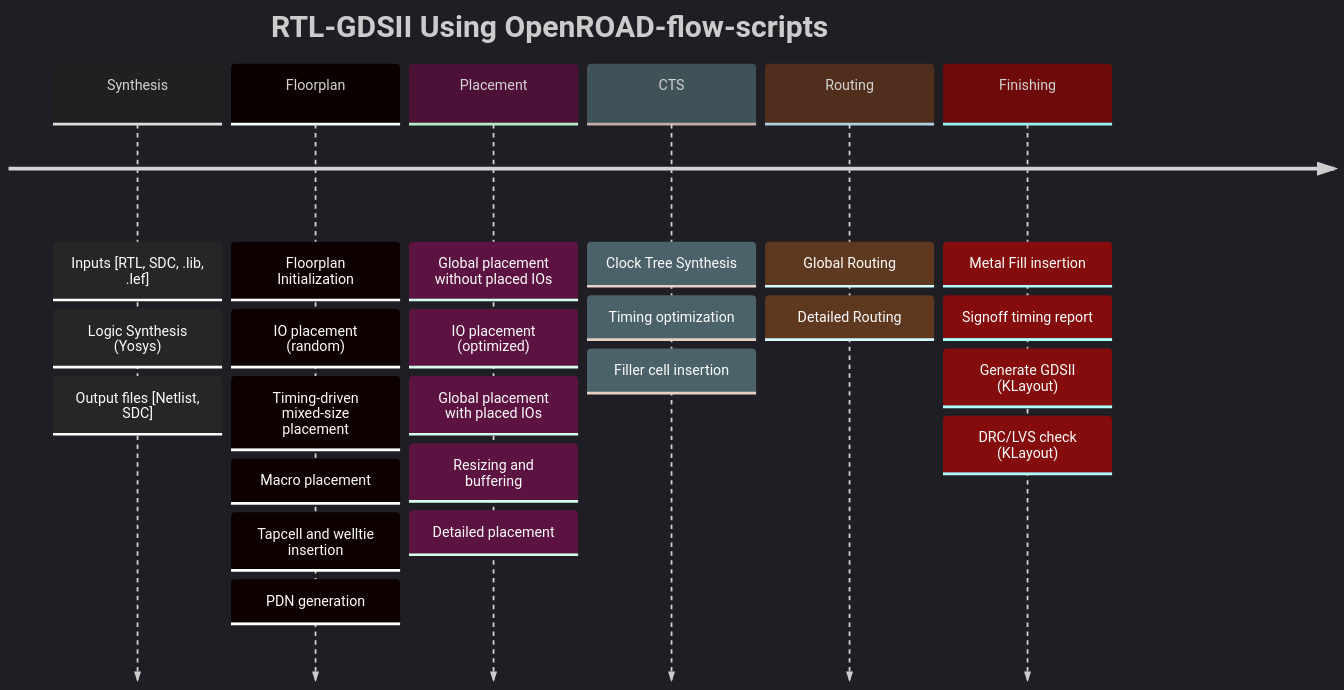
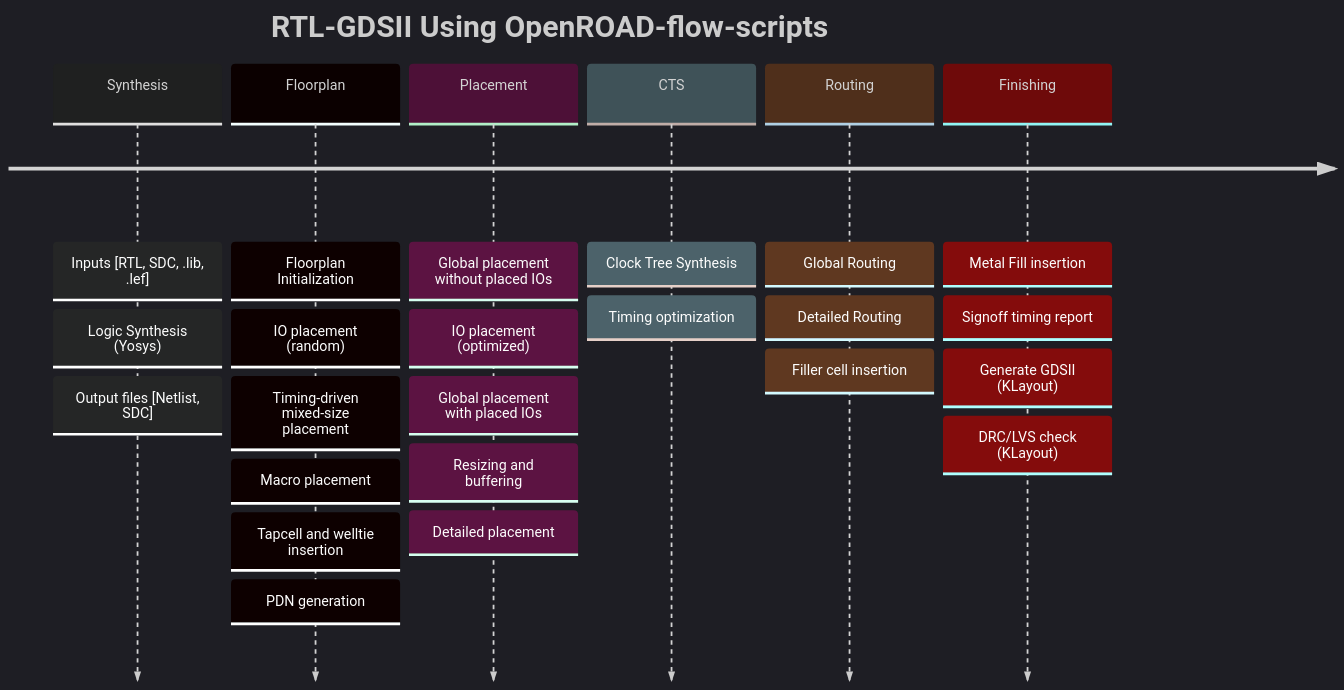
The first of 7 diagrams in openroad_flow/openroad_flow.md (rbz-embedded-logics/OPENROAD_TRAINING), drawn with Mermaid before and after one commit. The commit also changed other lines of this file and 15 other files, not shown here.

````diff
--- a/openroad_flow/openroad_flow.md
+++ b/openroad_flow/openroad_flow.md
@@ -13,34 +13,34 @@
 ```mermaid
 %%{init: { 'logLevel': 'debug', 'theme': 'dark'
   } }%%
 timeline
   title RTL-GDSII Using OpenROAD-flow-scripts
   Synthesis
     : Inputs  [RTL, SDC, .lib, .lef]
     : Logic Synthesis  (Yosys)
     : Output files  [Netlist, SDC]
   Floorplan
     : Floorplan Initialization
     : IO placement  (random)
     : Timing-driven mixed-size placement
     : Macro placement
     : Tapcell and welltie insertion
     : PDN generation
   Placement
     : Global placement without placed IOs
     : IO placement  (optimized)
     : Global placement with placed IOs
     : Resizing and buffering
     : Detailed placement
   CTS : Clock Tree Synthesis
     : Timing optimization
-    : Filler cell insertion
   Routing
     : Global Routing
     : Detailed Routing
+    : Filler cell insertion
   Finishing
     : Metal Fill insertion
     : Signoff timing report
     : Generate GDSII  (KLayout)
     : DRC/LVS check (KLayout)
 ```
````
